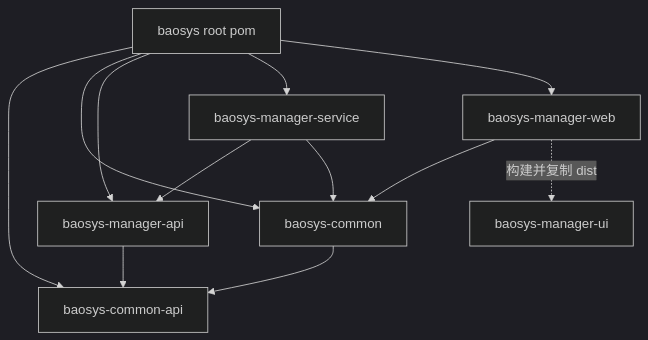
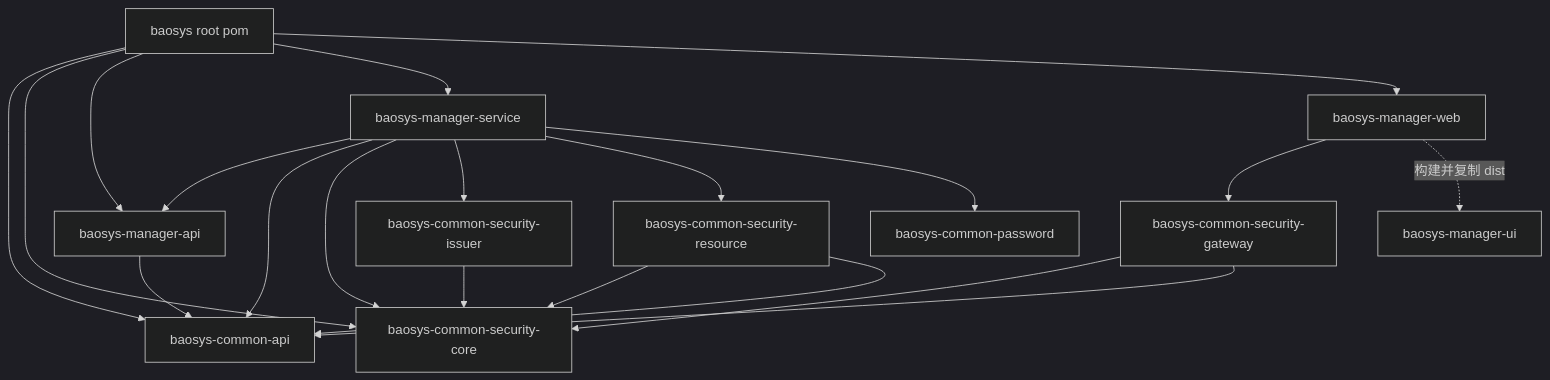
The second of 3 diagrams in docs/architecture/system_architecture.md (bbcdabao/baosys), drawn with Mermaid (dark theme) before and after one commit. The commit also changed other lines of this file and 130 other files, not shown here.

````diff
--- a/docs/architecture/system_architecture.md
+++ b/docs/architecture/system_architecture.md
@@ -96,23 +96,35 @@
 ```mermaid
 flowchart TD
     Root["baosys root pom"]
     CommonApi["baosys-common-api"]
-    Common["baosys-common"]
+    Core["baosys-common-security-core"]
+    Issuer["baosys-common-security-issuer"]
+    Resource["baosys-common-security-resource"]
+    Gateway["baosys-common-security-gateway"]
+    Password["baosys-common-password"]
     ManagerApi["baosys-manager-api"]
     ManagerService["baosys-manager-service"]
     ManagerWeb["baosys-manager-web"]
     ManagerUi["baosys-manager-ui"]
 
     Root --> CommonApi
-    Root --> Common
+    Root --> Core
     Root --> ManagerApi
     Root --> ManagerService
     Root --> ManagerWeb
 
-    Common --> CommonApi
+    Issuer --> Core
+    Resource --> Core
+    Resource --> CommonApi
+    Gateway --> Core
+    Gateway --> CommonApi
     ManagerApi --> CommonApi
     ManagerService --> ManagerApi
-    ManagerService --> Common
-    ManagerWeb --> Common
+    ManagerService --> CommonApi
+    ManagerService --> Core
+    ManagerService --> Issuer
+    ManagerService --> Resource
+    ManagerService --> Password
+    ManagerWeb --> Gateway
     ManagerWeb -. "构建并复制 dist" .-> ManagerUi
 ```
````
